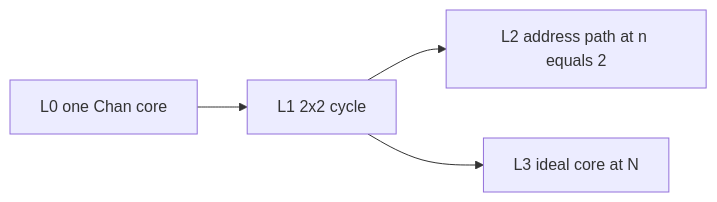
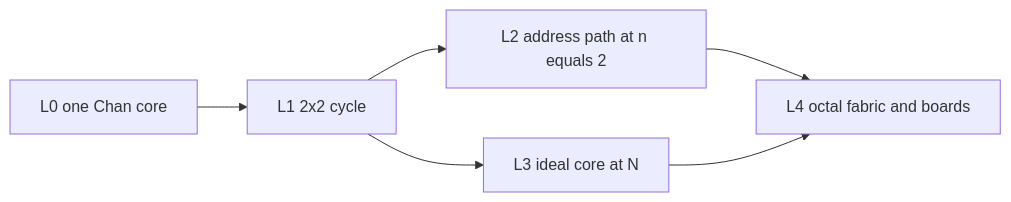
One commit to fractalclockwork/core-memory-redux changed the diagram in writeup/essay.md. Above: the diagram before and after it, drawn with Mermaid. The commit also changed other lines of this file and 86 other files, not shown here.

````diff
--- a/writeup/essay.md
+++ b/writeup/essay.md
@@ -29,9 +29,10 @@
 ```mermaid
 flowchart LR
   L0[L0 one Chan core]
   L1[L1 2x2 cycle]
   L2[L2 address path at n equals 2]
   L3[L3 ideal core at N]
-  L0 --> L1 --> L2
-  L1 --> L3
+  L4[L4 octal fabric and boards]
+  L0 --> L1 --> L2 --> L4
+  L1 --> L3 --> L4
 ```
````
